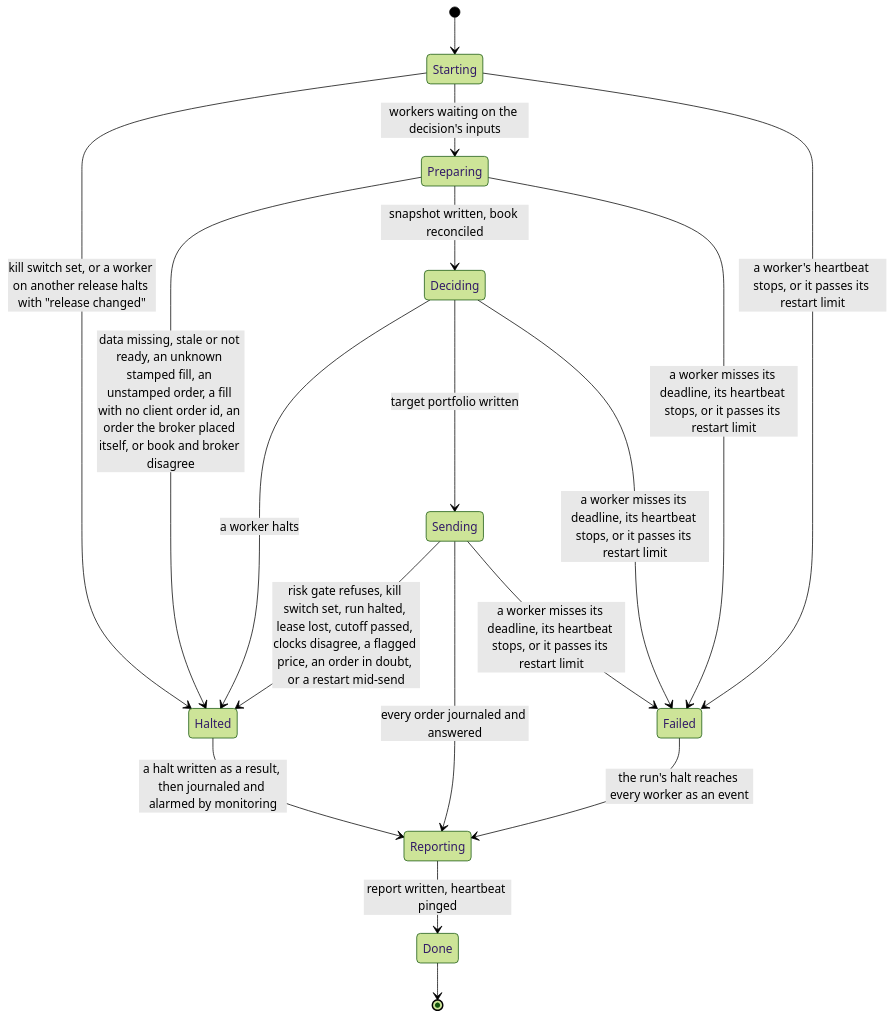
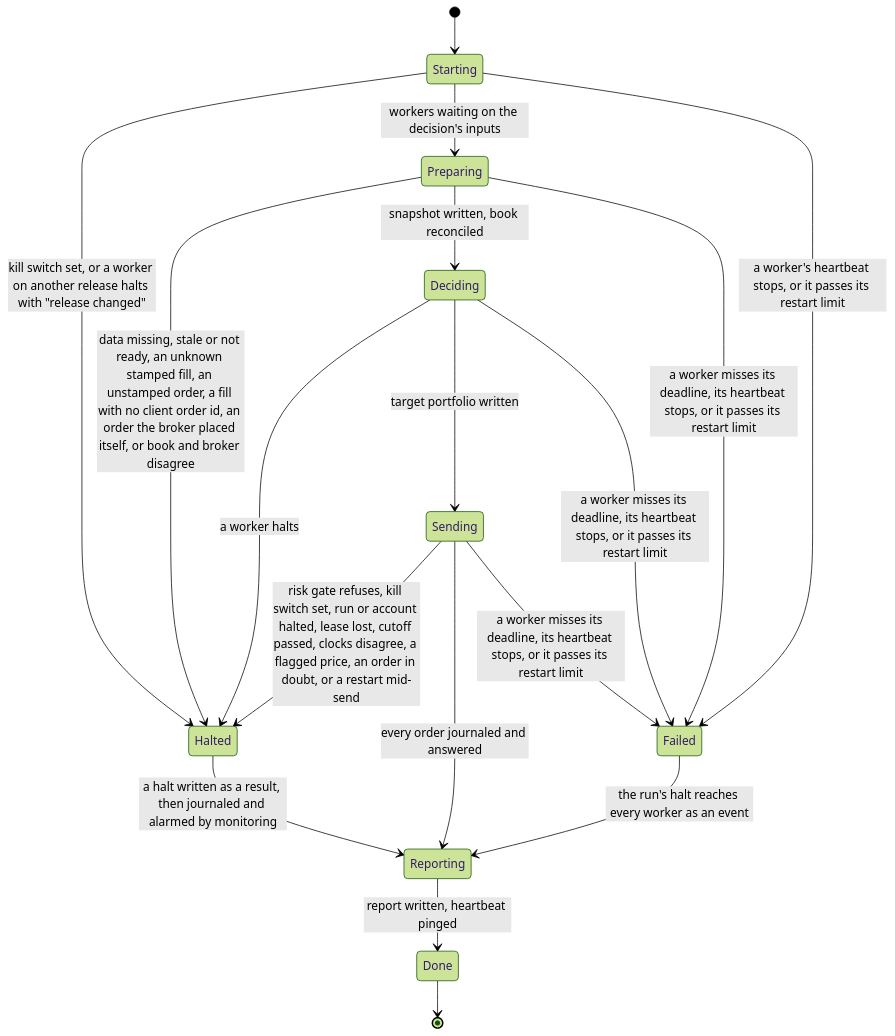
One commit to l3a0/ithildin-runtime changed diagram 13 of 16 in docs/architecture.md. Above: the diagram before and after it, drawn with Mermaid (forest theme). The commit also changed other lines of this file and 1 other file, not shown here.

````diff
--- a/docs/architecture.md
+++ b/docs/architecture.md
@@ -1707,20 +1711,20 @@
 ```mermaid
 stateDiagram-v2
     [*] --> Starting
     Starting --> Halted: kill switch set, or a worker on another release halts with "release changed"
     Starting --> Preparing: workers waiting on the decision's inputs
     Preparing --> Halted: data missing, stale or not ready, an unknown stamped fill, an unstamped order, a fill with no client order id, an order the broker placed itself, or book and broker disagree
     Preparing --> Deciding: snapshot written, book reconciled
     Deciding --> Halted: a worker halts
     Deciding --> Sending: target portfolio written
-    Sending --> Halted: risk gate refuses, kill switch set, run halted, lease lost, cutoff passed, clocks disagree, a flagged price, an order in doubt, or a restart mid-send
+    Sending --> Halted: risk gate refuses, kill switch set, run or account halted, lease lost, cutoff passed, clocks disagree, a flagged price, an order in doubt, or a restart mid-send
     Sending --> Reporting: every order journaled and answered
     Halted --> Reporting: a halt written as a result, then journaled and alarmed by monitoring
     Reporting --> Done: report written, heartbeat pinged
     Done --> [*]
     Starting --> Failed: a worker's heartbeat stops, or it passes its restart limit
     Preparing --> Failed: a worker misses its deadline, its heartbeat stops, or it passes its restart limit
     Deciding --> Failed: a worker misses its deadline, its heartbeat stops, or it passes its restart limit
     Sending --> Failed: a worker misses its deadline, its heartbeat stops, or it passes its restart limit
     Failed --> Reporting: the run's halt reaches every worker as an event
 ```
````
